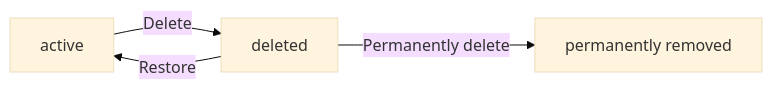
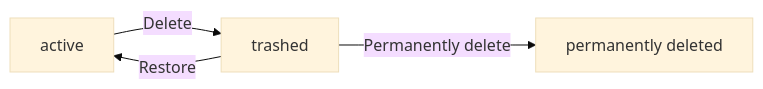
The third of 3 diagrams in qwen/qwen3.5-397b-a17b/todo/docs/analysis/02-domain-model.md (wrtnlabs/autobe-examples), drawn with Mermaid (base theme) before and after one commit. The commit also changed other lines of this file and 32093 other files, not shown here.

````diff
--- a/qwen/qwen3.5-397b-a17b/todo/docs/analysis/02-domain-model.md
+++ b/qwen/qwen3.5-397b-a17b/todo/docs/analysis/02-domain-model.md
@@ -254,6 +206,6 @@
 ```mermaid
 flowchart LR
-    A["active"] -->|"Delete"| B["deleted"]
+    A["active"] -->|"Delete"| B["trashed"]
     B -->|"Restore"| A
-    B -->|"Permanently delete"| C["permanently removed"]
+    B -->|"Permanently delete"| C["permanently deleted"]
 ```
````
